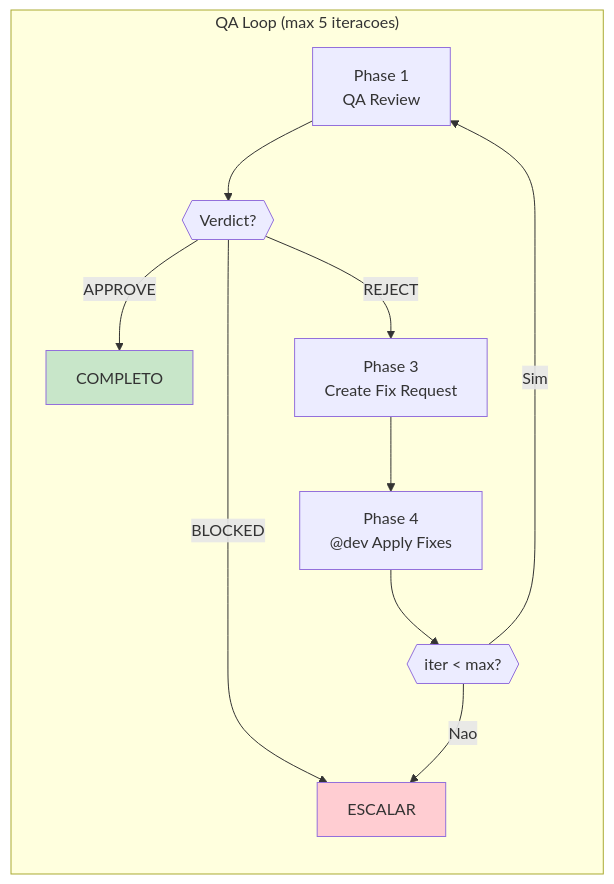
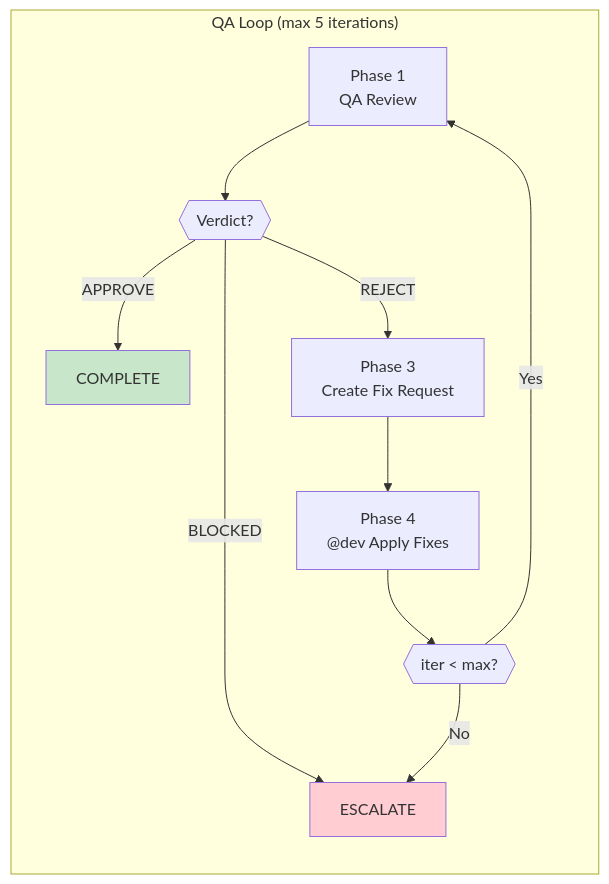
Before and after one commit to CyryxLabs/AEXOS: the second of 5 diagrams in docs/guides/agents/QA-SYSTEM.md, drawn with Mermaid. The commit also changed other lines of this file and 528 other files, not shown here.

````diff
--- a/docs/guides/agents/QA-SYSTEM.md
+++ b/docs/guides/agents/QA-SYSTEM.md
@@ -193,24 +193,24 @@
 ```mermaid
 flowchart LR
-    subgraph LOOP["QA Loop (max 5 iteracoes)"]
+    subgraph LOOP["QA Loop (max 5 iterations)"]
         direction TB
 
         REVIEW["Phase 1<br/>QA Review"]
         CHECK{{"Verdict?"}}
         FIX_REQ["Phase 3<br/>Create Fix Request"]
         DEV_FIX["Phase 4<br/>@dev Apply Fixes"]
         INCREMENT{{"iter < max?"}}
 
         REVIEW --> CHECK
-        CHECK -->|APPROVE| COMPLETE["COMPLETO"]
-        CHECK -->|BLOCKED| ESCALATE["ESCALAR"]
+        CHECK -->|APPROVE| COMPLETE["COMPLETE"]
+        CHECK -->|BLOCKED| ESCALATE["ESCALATE"]
         CHECK -->|REJECT| FIX_REQ
         FIX_REQ --> DEV_FIX
         DEV_FIX --> INCREMENT
-        INCREMENT -->|Sim| REVIEW
-        INCREMENT -->|Nao| ESCALATE
+        INCREMENT -->|Yes| REVIEW
+        INCREMENT -->|No| ESCALATE
     end
 
     style COMPLETE fill:#c8e6c9
     style ESCALATE fill:#ffcdd2
 ```
````
